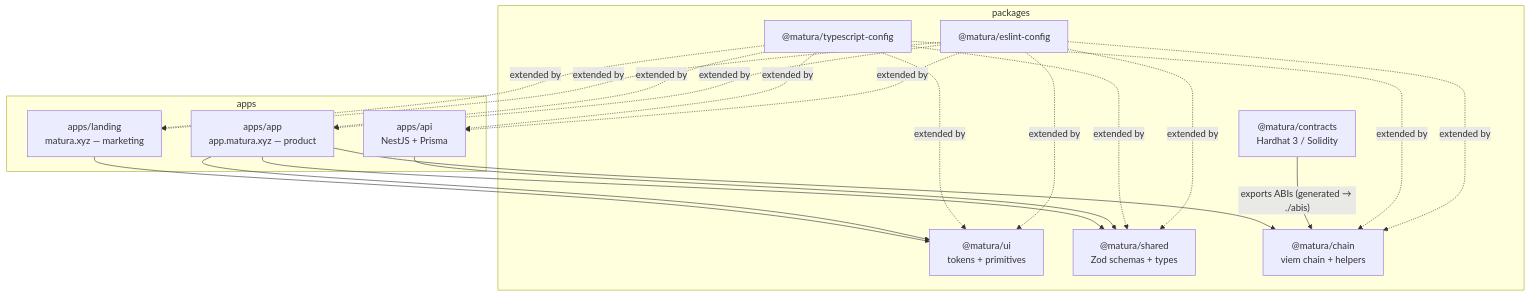
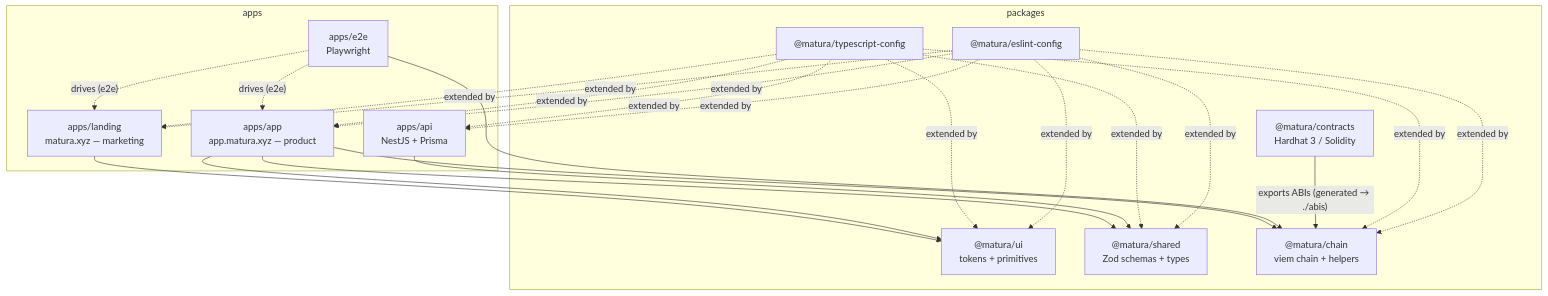
Before and after one commit to matura-finance/matura-finance: the first of 2 diagrams in docs/architecture.md, drawn with Mermaid. The commit also changed other lines of this file and 2 other files, not shown here.

Commit message:
docs: compound frontend learnings (next15/siwe/eip712/e2e); update CLAUDE.md + architecture

````diff
--- a/docs/architecture.md
+++ b/docs/architecture.md
@@ -9,26 +9,29 @@
 ```mermaid
 flowchart TD
   subgraph apps
     L["apps/landing<br/>matura.xyz — marketing"]
     A["apps/app<br/>app.matura.xyz — product"]
     API["apps/api<br/>NestJS + Prisma"]
+    E2E["apps/e2e<br/>Playwright"]
   end
   subgraph packages
     UI["@matura/ui<br/>tokens + primitives"]
     SH["@matura/shared<br/>Zod schemas + types"]
     CH["@matura/chain<br/>viem chain + helpers"]
     C["@matura/contracts<br/>Hardhat 3 / Solidity"]
     TSC["@matura/typescript-config"]
     ESL["@matura/eslint-config"]
   end
 
   L --> UI
   A --> UI
   A --> CH
   A --> SH
   API --> SH
+  E2E -. "drives (e2e)" .-> A & L
+  E2E --> CH
   C -- "exports ABIs (generated → ./abis)" --> CH
 
   TSC -. extended by .-> L & A & API & UI & SH & CH
   ESL -. extended by .-> L & A & API & UI & SH & CH
 ```
````
